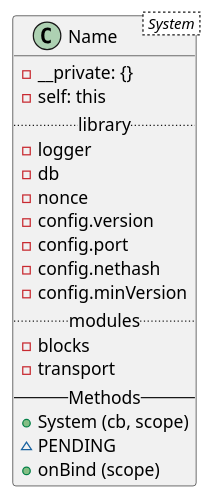
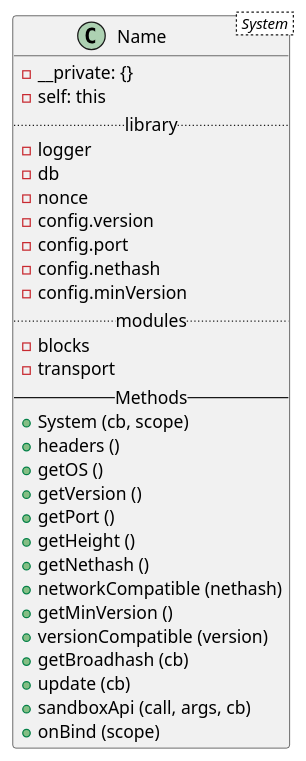
Before and after one commit to LucasIsasmendi/lisk-core-plantuml: the diagram in class/classes/modules/system.puml, drawn with PlantUML. The commit also changed 18 other files, not shown here.

```diff
--- a/class/classes/modules/system.puml
+++ b/class/classes/modules/system.puml
@@ -1,21 +1,32 @@
 @startuml
 class Name < System > {
   - __private: {}
   - self: this
   .. library ..
   - logger
   - db
   - nonce
   - config.version
   - config.port
   - config.nethash
   - config.minVersion
   .. modules ..
   - blocks
   - transport
   -- Methods --
   + System (cb, scope)
-  ~ PENDING
+  + headers ()
+  + getOS ()
+  + getVersion ()
+  + getPort ()
+  + getHeight ()
+  + getNethash ()
+  + networkCompatible (nethash)
+  + getMinVersion ()
+  + versionCompatible (version)
+  + getBroadhash (cb)
+  + update (cb)
+  + sandboxApi (call, args, cb)
   + onBind (scope)
 }
 @enduml
```
